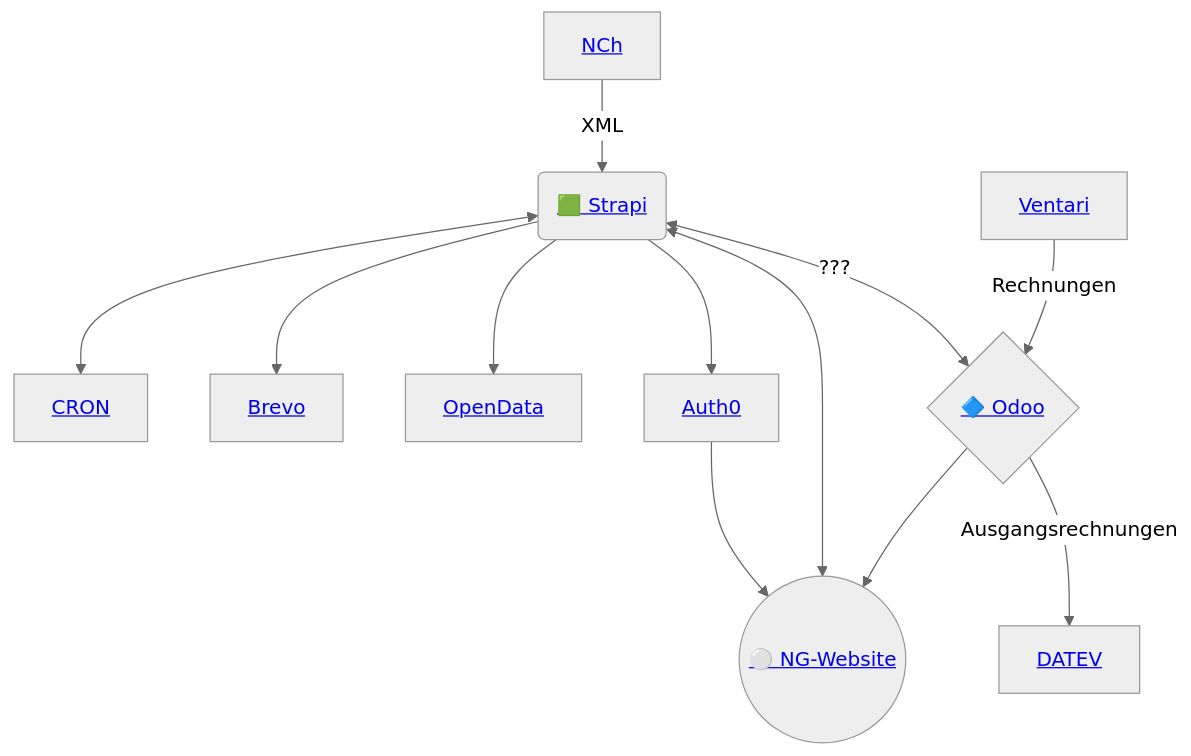
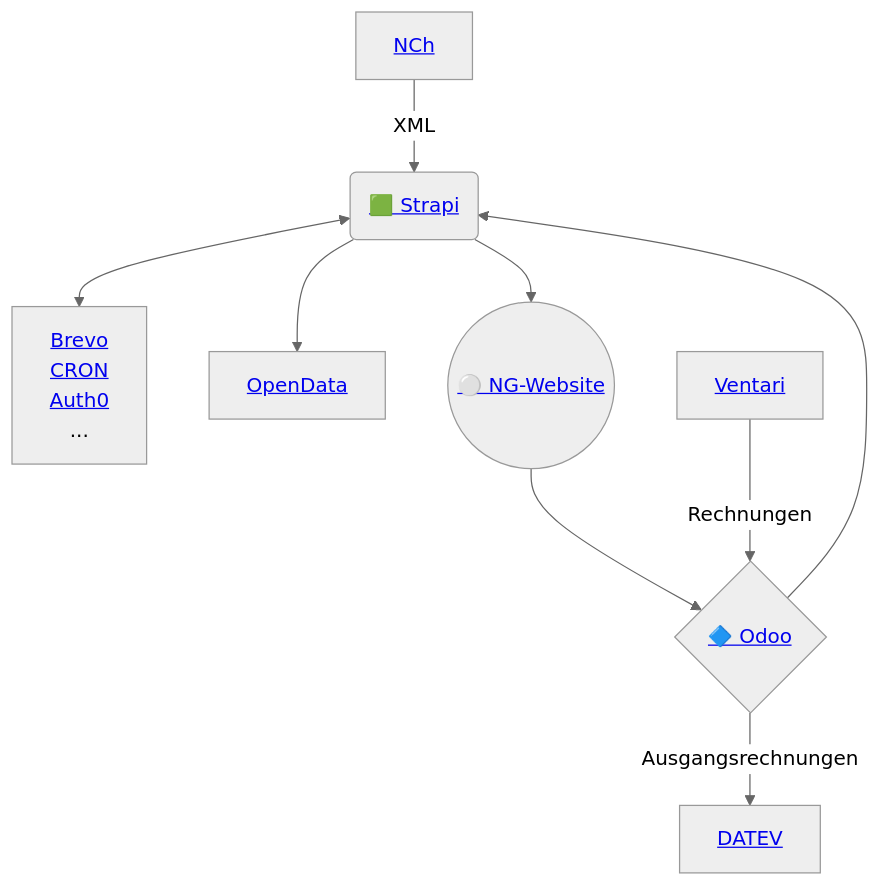
One commit to GDCh-de/docs changed the diagram in infrastructure-future.md. Above: the diagram before and after it, drawn with Mermaid (neutral theme).

Commit message:
Update infrastructure diagram and relationships according to meeting

````diff
--- a/infrastructure-future.md
+++ b/infrastructure-future.md
@@ -3,13 +3,14 @@
 ```mermaid
 graph TD;
-  Strapi <--> Cron[<a href='/GDCh-de/docs/blob/main/CRON.md'>CRON</a>];
+  Strapi <--> Brevo[<a href='/GDCh-de/docs/blob/main/Brevo.md'>Brevo</a>
+<a href='/GDCh-de/docs/blob/main/CRON.md'>CRON</a>
+<a href='/GDCh-de/docs/blob/main/Auth0.md'>Auth0</a>
+...];
+  Strapi(<a href='/GDCh-de/docs/blob/main/Strapi.md'>🟩 Strapi</a>) --> OpenData[<a href='/GDCh-de/docs/blob/main/OpenData.md'>OpenData</a>];
   NCh[<a href='/GDCh-de/docs/blob/main/NCh.md'>NCh</a>] --> |XML| Strapi;
-  Strapi --> Brevo[<a href='/GDCh-de/docs/blob/main/Brevo.md'>Brevo</a>];
-  Strapi --> OpenData[<a href='/GDCh-de/docs/blob/main/OpenData.md'>OpenData</a>];
-  Strapi(<a href='/GDCh-de/docs/blob/main/Strapi.md'>🟩 Strapi</a>) --> Auth0[<a href='/GDCh-de/docs/blob/main/Auth0.md'>Auth0</a>] --> WebsiteNG((<a href='/GDCh-de/docs/blob/main/WebsiteNG.md'>⚪️ NG-Website</a>));
+  WebsiteNG((<a href='/GDCh-de/docs/blob/main/WebsiteNG.md'>⚪️ NG-Website</a>)) --> Odoo;
+  Odoo{<a href='/GDCh-de/docs/blob/main/Odoo.md'>🔷 Odoo</a>} --> |Ausgangsrechnungen| DATEV[<a href='/GDCh-de/docs/blob/main/DATEV.md'>DATEV</a>];
+  Strapi --> WebsiteNG;
+  Odoo --> Strapi;
   Ventari[<a href='/GDCh-de/docs/blob/main/Ventari.md'>Ventari</a>] --> |Rechnungen| Odoo;
-  Odoo --> WebsiteNG;
-  Odoo{<a href='/GDCh-de/docs/blob/main/Odoo.md'>🔷 Odoo</a>} --> |Ausgangsrechnungen| DATEV[<a href='/GDCh-de/docs/blob/main/DATEV.md'>DATEV</a>];
-  Strapi <--> WebsiteNG;
-  Strapi <--> | ??? | Odoo;
 ```
````
